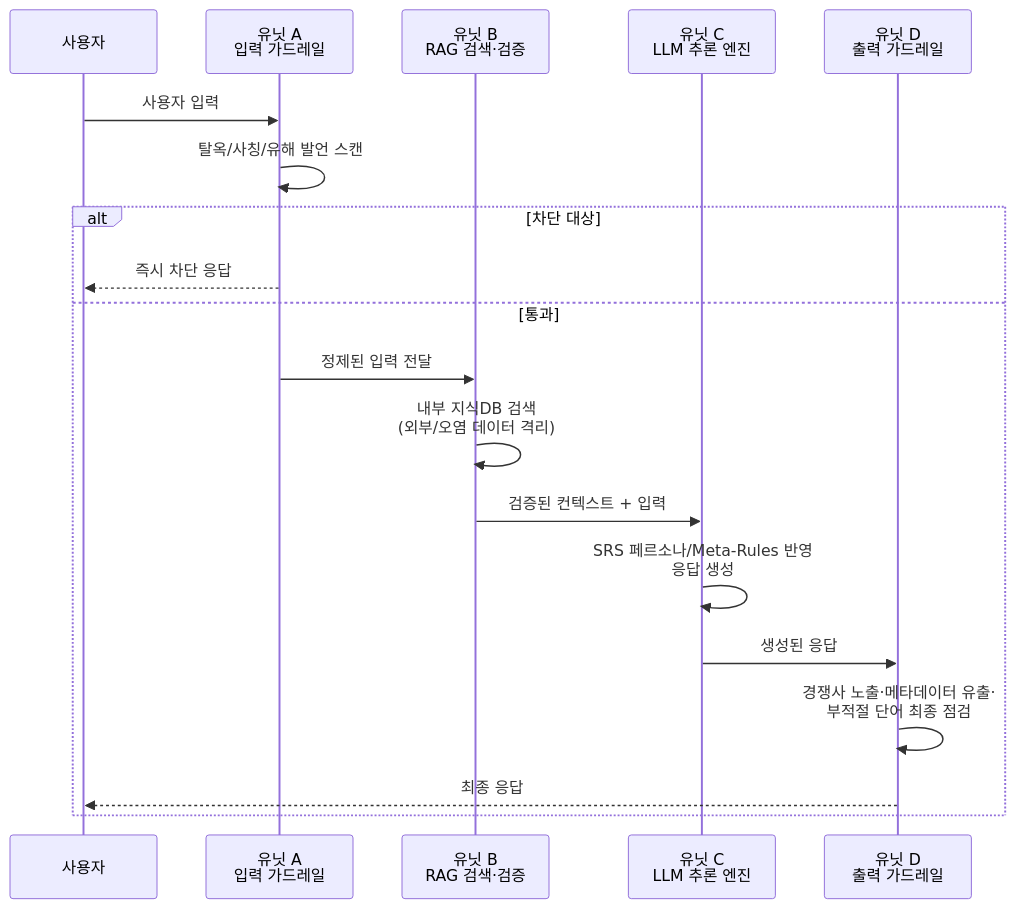
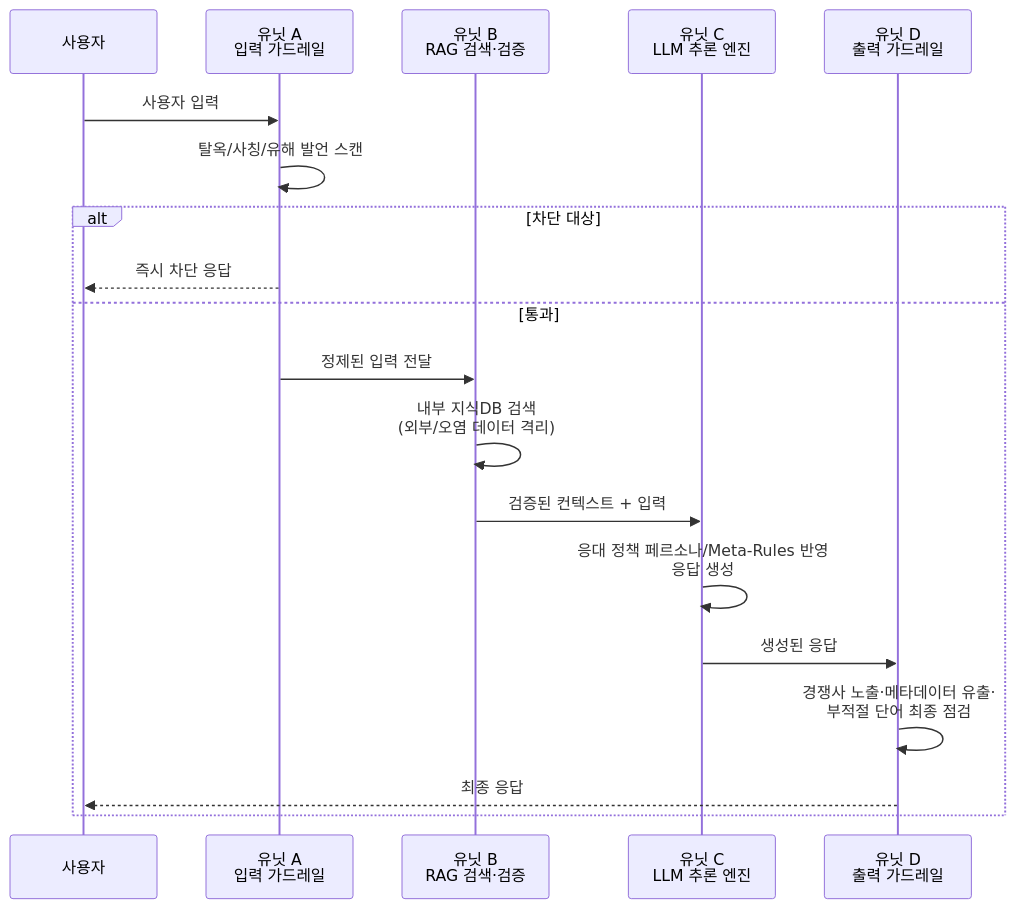
One commit to seonghoikim/Hongik changed the first of 2 diagrams in thesis.md. Above: the diagram before and after it, drawn with Mermaid. The commit also changed other lines of this file and 18 other files, not shown here.

````diff
--- a/thesis.md
+++ b/thesis.md
@@ -134,22 +134,22 @@
 ```mermaid
 sequenceDiagram
     participant U as 사용자
     participant A as 유닛 A<br/>입력 가드레일
     participant B as 유닛 B<br/>RAG 검색·검증
     participant C as 유닛 C<br/>LLM 추론 엔진
     participant D as 유닛 D<br/>출력 가드레일
 
     U->>A: 사용자 입력
     A->>A: 탈옥/사칭/유해 발언 스캔
     alt 차단 대상
         A-->>U: 즉시 차단 응답
     else 통과
         A->>B: 정제된 입력 전달
         B->>B: 내부 지식DB 검색<br/>(외부/오염 데이터 격리)
         B->>C: 검증된 컨텍스트 + 입력
-        C->>C: SRS 페르소나/Meta-Rules 반영<br/>응답 생성
+        C->>C: 응대 정책 페르소나/Meta-Rules 반영<br/>응답 생성
         C->>D: 생성된 응답
         D->>D: 경쟁사 노출·메타데이터 유출·<br/>부적절 단어 최종 점검
         D-->>U: 최종 응답
     end
 ```
````
